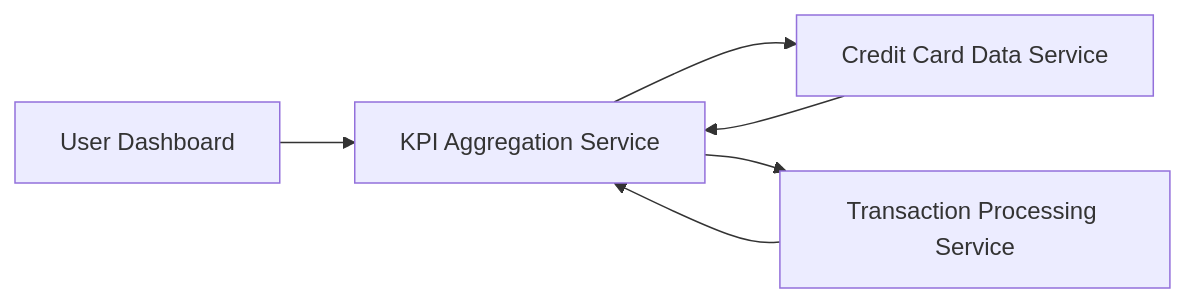
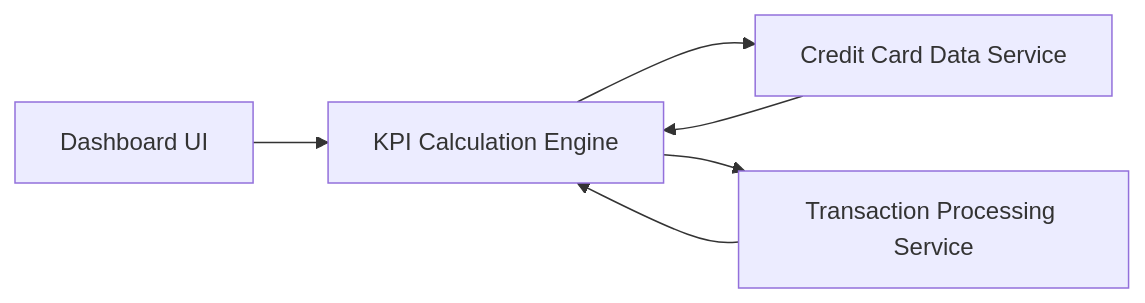
Before and after one commit to AAVA-Demo/APB_Demo: the diagram in HLD/QE-8603_HLD.md, drawn with Mermaid. The commit also changed other lines of this file and 5 other files, not shown here.

````diff
--- a/HLD/QE-8603_HLD.md
+++ b/HLD/QE-8603_HLD.md
@@ -7,12 +7,12 @@
 ```mermaid
 flowchart LR
-    A["User Dashboard"]
-    B["KPI Aggregation Service"]
+    A["Dashboard UI"]
+    B["KPI Calculation Engine"]
     C["Credit Card Data Service"]
     D["Transaction Processing Service"]
     A --> B
     B --> C
     B --> D
     C --> B
     D --> B
 ```
````
